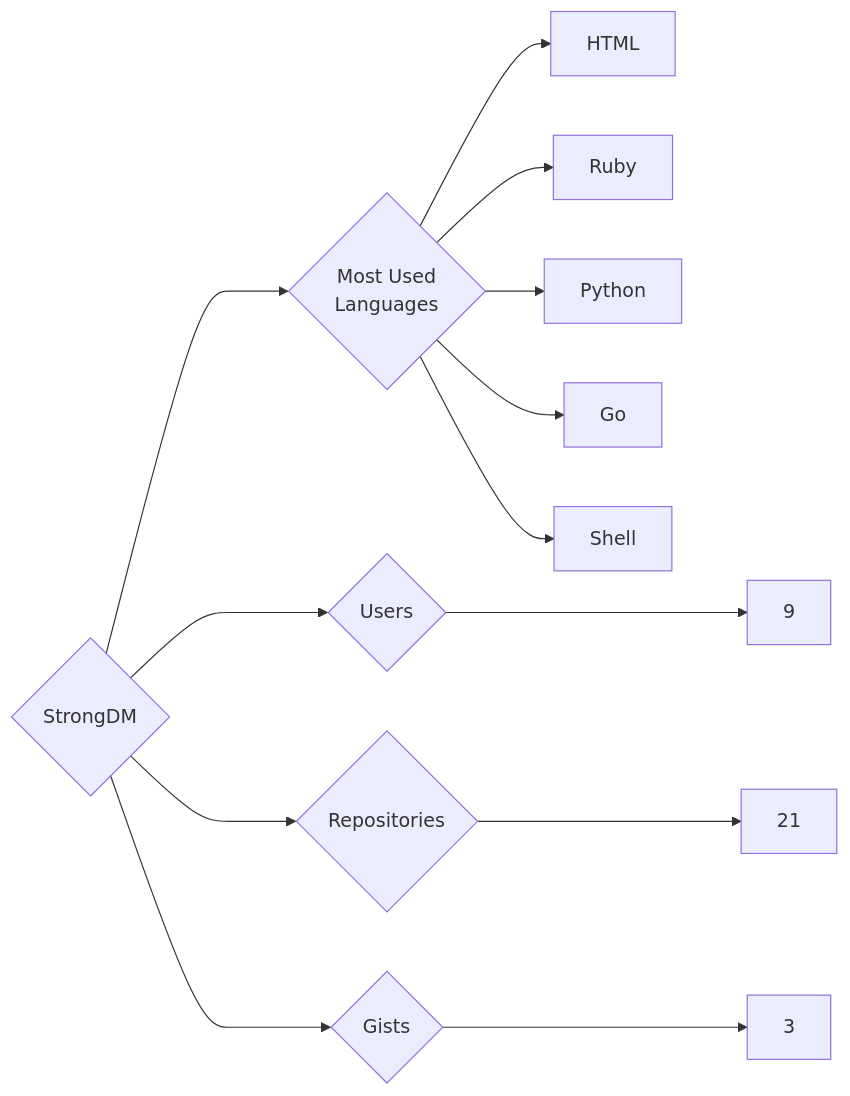
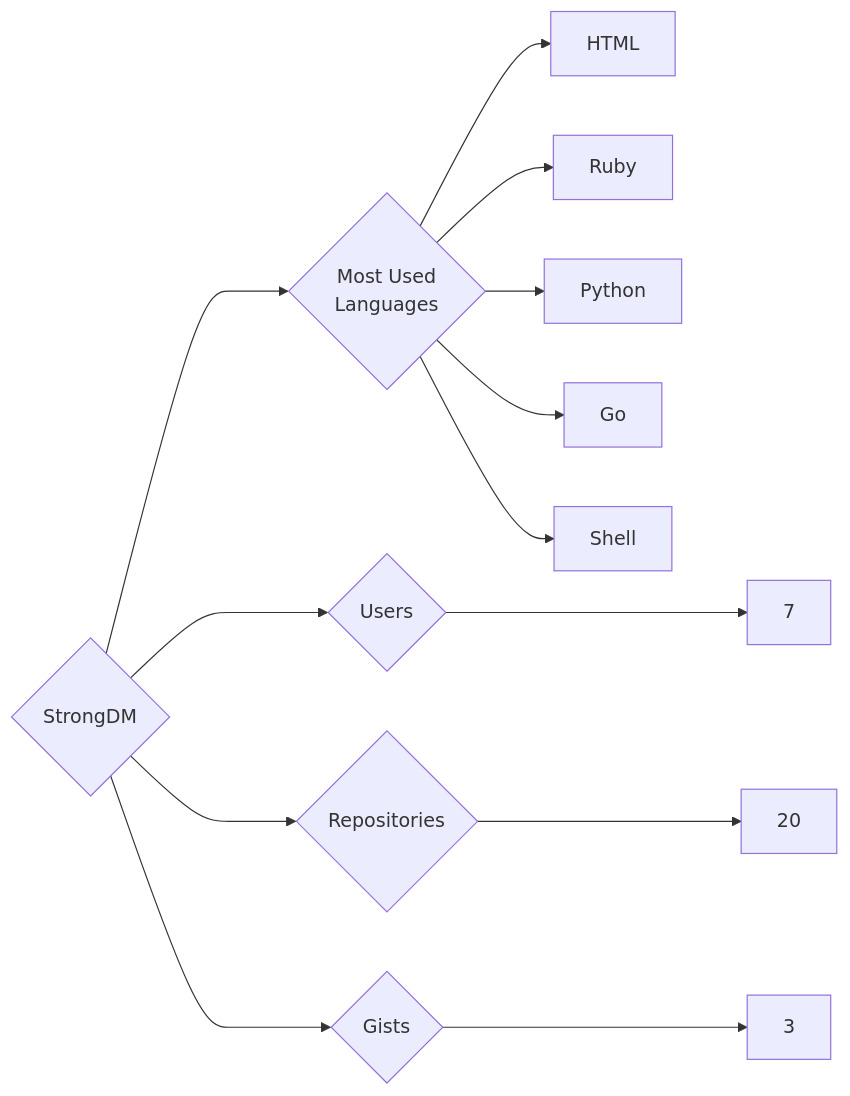
One commit to trickest/insiders changed the diagram in targets/StrongDM/README.md. Above: the diagram before and after it, drawn with Mermaid. The commit also changed 972 other files, not shown here.

````diff
--- a/targets/StrongDM/README.md
+++ b/targets/StrongDM/README.md
@@ -3,13 +3,13 @@
 ```mermaid
 graph LR
 COMPANY_NAME{StrongDM}
-COMPANY_NAME ---> U{Users} ---> UN[9]
-COMPANY_NAME ---> R{Repositories} ---> RN[21]
+COMPANY_NAME ---> U{Users} ---> UN[7]
+COMPANY_NAME ---> R{Repositories} ---> RN[20]
 COMPANY_NAME ---> G{Gists} ---> GN[3]
 COMPANY_NAME ---> ML{Most Used<br>Languages}
 ML --> HTML[HTML]
 ML --> Ruby[Ruby]
 ML --> Python[Python]
 ML --> Go[Go]
 ML --> Shell[Shell]
 ```
````
